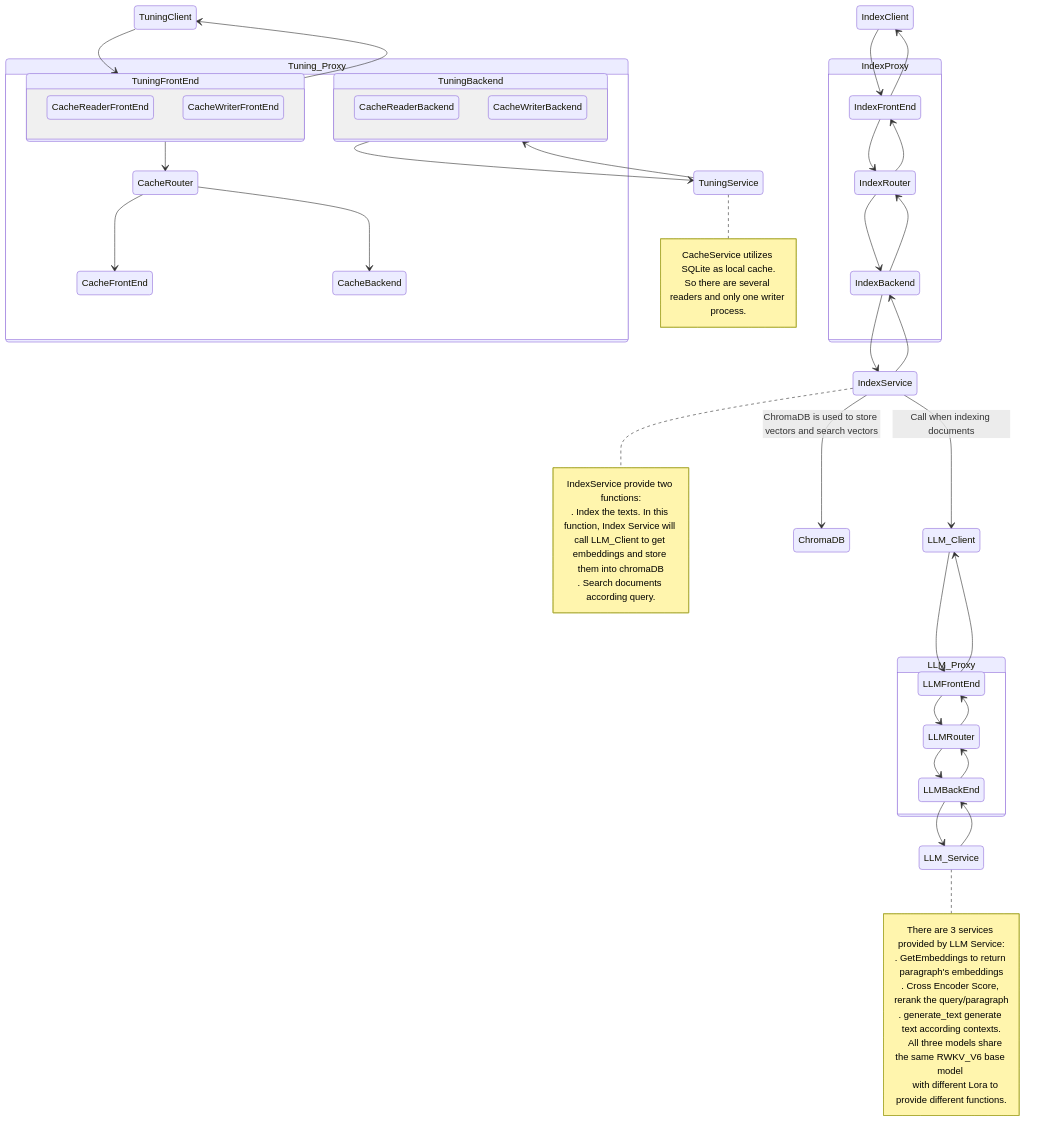
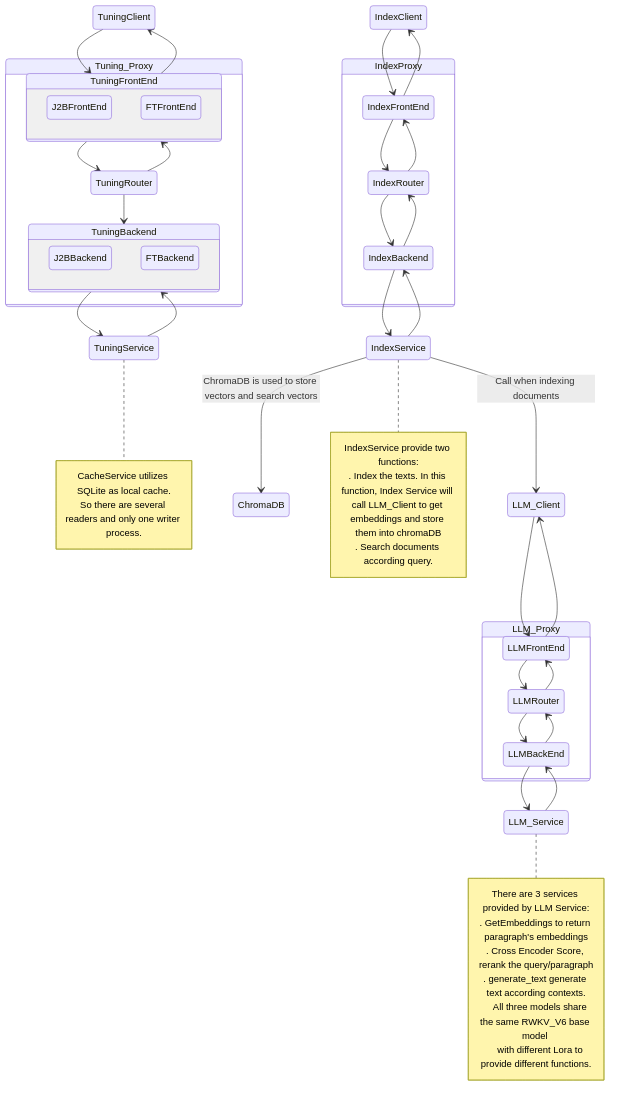
The third of 3 diagrams in README.md (AIIRWKV/RWKV-RAG), drawn with Mermaid before and after one commit.

````diff
--- a/README.md
+++ b/README.md
@@ -121,72 +121,72 @@
 ```mermaid
 stateDiagram-v2
 
 LLM_Client --> LLMFrontEnd
 LLMFrontEnd --> LLM_Client
 LLM_Proxy
 state LLM_Proxy{
     LLMFrontEnd --> LLMRouter 
     LLMRouter --> LLMBackEnd
     LLMRouter --> LLMFrontEnd
     LLMBackEnd --> LLMRouter
 }
 LLMBackEnd --> LLM_Service
 LLM_Service --> LLMBackEnd
 note right of LLM_Service
     There are 3 services provided by LLM Service:
     . GetEmbeddings to return paragraph's embeddings
     . Cross Encoder Score, rerank the query/paragraph
     . generate_text generate text according contexts.
 
     All three models share the same RWKV_V6 base model 
     with different Lora to provide different functions.
 end note
 
 TuningClient
 Tuning_Proxy
 state Tuning_Proxy{
     TuningFrontEnd
     state TuningFrontEnd{
-        CacheReaderFrontEnd
-        CacheWriterFrontEnd
+        J2BFrontEnd
+        FTFrontEnd
     }
-    TuningFrontEnd --> CacheRouter 
-    CacheRouter -->  CacheFrontEnd
-    CacheRouter --> CacheBackend
+    TuningFrontEnd --> TuningRouter 
+    TuningRouter -->  TuningFrontEnd
+    TuningRouter --> TuningBackend
     TuningBackend
     state TuningBackend{
-        CacheReaderBackend
-        CacheWriterBackend
+        J2BBackend
+        FTBackend
     }
 }
 TuningClient --> TuningFrontEnd
 TuningFrontEnd --> TuningClient
 TuningService --> TuningBackend
 TuningBackend --> TuningService
 note right of TuningService
 CacheService utilizes SQLite as local cache.
 So there are several readers and only one writer process.
 end note
 
 
 IndexClient
 IndexProxy
 state IndexProxy{
     IndexFrontEnd --> IndexRouter
     IndexRouter --> IndexFrontEnd
     IndexRouter --> IndexBackend
     IndexBackend --> IndexRouter
 }
 IndexClient --> IndexFrontEnd
 IndexFrontEnd --> IndexClient
 IndexBackend --> IndexService
 IndexService --> IndexBackend
 IndexService --> LLM_Client :Call when indexing documents
 IndexService --> ChromaDB :ChromaDB is used to store vectors and search vectors
 note right of IndexService
 IndexService provide two functions:
 . Index the texts. In this function, Index Service will call LLM_Client to get embeddings and store them into chromaDB
 . Search documents according query.
 end note
 
 ```
````
